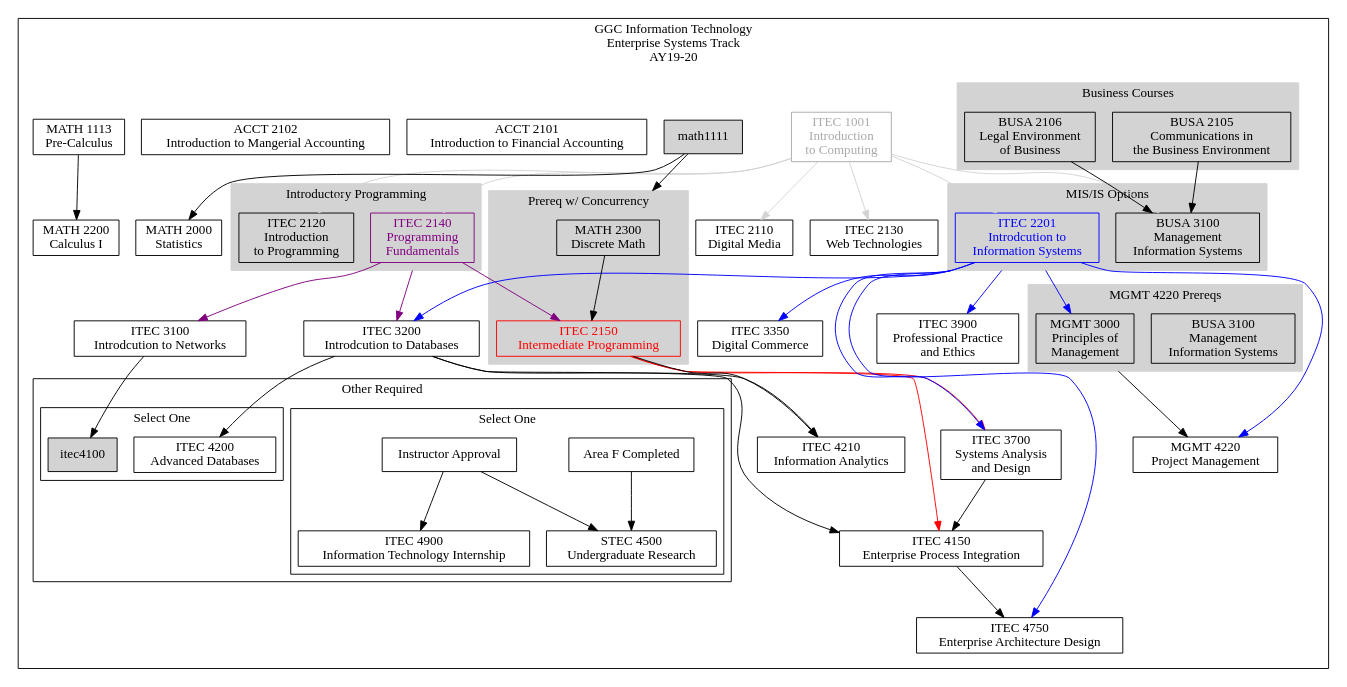
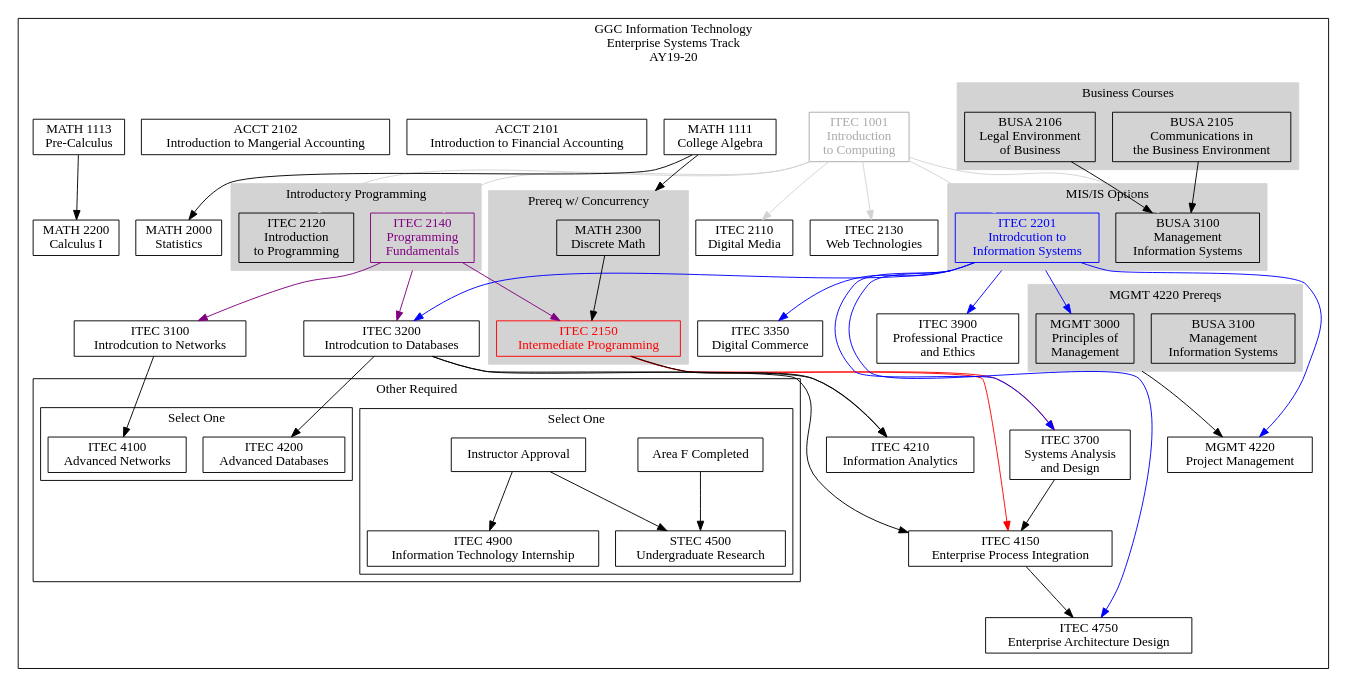
One commit to rjlutz/itec-plans changed the diagram in AY19-20/EnterpriseSystems.dot. Above: the diagram before and after it, drawn with Graphviz. The commit also changed 5 other files, not shown here.

Commit message:
es missing defs of ITEC4100 and MATH1111

```diff
--- a/AY19-20/EnterpriseSystems.dot
+++ b/AY19-20/EnterpriseSystems.dot
@@ -1,151 +1,153 @@
 digraph G {
 
     node [shape = record, fontname="Sans serif" fontsize="14"];
     compound = true //  needed to link clusters and nodes
     splines = true
     ranksep=0.75
 
      // All
     itec1001[label = "ITEC 1001\nIntroduction \nto Computing" color=darkgray fontcolor=darkgray]
     itec2110[label = "ITEC 2110\nDigital Media"]
     itec2120[label = "ITEC 2120\nIntroduction\nto Programming"]
     itec2130[label = "ITEC 2130\nWeb Technologies"]
     itec2140[label = "ITEC 2140\nProgramming \nFundamentals" color=purple fontcolor=purple]
     itec2150[label = "ITEC 2150\nIntermediate Programming" color=red fontcolor=red]
     itec2201[label = "ITEC 2201\nIntrodcution to\nInformation Systems" color=blue fontcolor=blue]
     itec3100[label = "ITEC 3100\nIntrodcution to Networks"]
     itec3200[label = "ITEC 3200\nIntrodcution to Databases"]
     itec3900[label = "ITEC 3900\nProfessional Practice\nand Ethics"]
     busa2105[label = "BUSA 2105\nCommunications in\nthe Business Environment"]
     busa2106[label = "BUSA 2106\nLegal Environment\nof Business"]
     busa3100[label = "BUSA 3100\nManagement \nInformation Systems"]
     busb3100[label = "BUSA 3100\nManagement \nInformation Systems"] //  a hack, a copy for ES 
     math1113[label = "MATH 1113\nPre-Calculus"]
     math2300[label = "MATH 2300\nDiscrete Math"]
     math2000[label = "MATH 2000\nStatistics"]
     math2200[label = "MATH 2200\nCalculus I"]
     mgmt3000[label = "MGMT 3000\nPrinciples of\nManagement"]
 
     // Enterprise Systems
     itec3350[label = "ITEC 3350\nDigital Commerce"]
     itec3700[label = "ITEC 3700\nSystems Analysis\nand Design"]
+    itec4100[label = "ITEC 4100\nAdvanced Networks"]
     itec4150[label = "ITEC 4150\nEnterprise Process Integration"]
     itec4200[label = "ITEC 4200\nAdvanced Databases"]
     itec4210[label = "ITEC 4210\nInformation Analytics"]
     itec4750[label = "ITEC 4750\nEnterprise Architecture Design"]
     itec4900[label = "ITEC 4900\nInformation Technology Internship"]
     stec4500[label = "STEC 4500\nUndergraduate Research"]
     areaF[label = "Area F Completed"]
     instructorapproval[label = "Instructor Approval"]
     acct2101[label = "ACCT 2101\nIntroduction to Financial Accounting"]
     acct2102[label = "ACCT 2102\nIntroduction to Mangerial Accounting"]
+    math1111[label = "MATH 1111\nCollege Algebra"]
     mgmt4220[label = "MGMT 4220\nProject Management"]
 
 
     subgraph clusteres {
         label="GGC Information Technology\nEnterprise Systems Track\nAY19-20"
 
         subgraph clusterrequired {
             label=""
             node [style=filled];
             style=filled;
 
             color="#FFFFFF";
 
             acct2101
             acct2102
             itec1001 -> itec2110 [color=lightgray]
 
             itec1001 -> itec2120 [color=lightgray]
             itec1001 -> itec2130 [color=lightgray]
             itec1001 -> itec2201 [color=lightgray]
             itec1001 -> busa3100 [color=lightgray]
             itec2140 -> itec2150 [color=purple]
             itec2140 -> itec3100 [color=purple]
             itec2201 -> itec3200 [ltail=cluster22013100 color=blue]
             itec2140 -> itec3200 [ltail=cluster21202140 color=purple]
 
             itec2201 -> itec3350 [ltail=cluster22013100 color=blue]
             itec2150 -> itec4150 [color=red]
             itec3200 -> itec4150
             itec3700 -> itec4150
             itec2201 -> itec4750 [color=blue]
             itec4150 -> itec4750
             itec2201 -> mgmt4220 [color=blue]
             mgmt3000 -> mgmt4220 [ltail=cluster30003100]
             itec2150 -> itec4210
             itec3200 -> itec4210
             itec3100 -> itec4100
             itec3200 -> itec4200
 
             busa2106 -> busa3100
             busa2105 -> busa3100
             itec1001 -> itec2140 [color=lightgray]
 
             itec2150 -> itec3700 [lltail=clusterdiscrete color=red]
             itec2201 -> itec3700 [color=blue]
 
             itec2201 -> itec3900 [ltail=cluster22013100 color=blue]
             itec2201 -> mgmt3000 [ltail=cluster22013100 color=blue]
 
             math1113 -> math2200
             math1111 -> math2000
             math1111 -> math2300 [lhead=clusterdiscrete]
 
             subgraph cluster21202140 {
                 label = "Introductory Programming";
                 color=lightgrey;
                 itec2120
                 itec2140
             }
             subgraph cluster30003100 {
                 label = "MGMT 4220 Prereqs";
                 color=lightgrey;
                 busb3100
                 mgmt3000
                 
             }
             subgraph cluster22013100 {
                 label = "MIS/IS Options";
                 color=lightgrey;
                 busa3100
                 itec2201
             }
             subgraph cluster21052106 {
                 label = "Business Courses"
                 color=lightgrey;
                 busa2105
                 busa2106
             }
             
             subgraph clusterdiscrete {
                 label = "Prereq w/ Concurrency";
                 node [style=filled];
                 style=filled;
                 color=lightgrey;
                 math2300 -> itec2150
             }
 
             subgraph clusterotherrequired {
                 label = "Other Required"
                 node [style=filled];
                 style=filled;
                 graph[style=solid]
                 color=black;
 
                 subgraph clusteritecopt1 {
                     label = "Select One";
                     areaF -> stec4500
                     instructorapproval -> stec4500
                     instructorapproval -> itec4900
                 }
 
                 subgraph clusteritecopt2 {
                     label = "Select One";
                     itec4100
                     itec4200
                 }
             }
         }    
     }
 }
```
